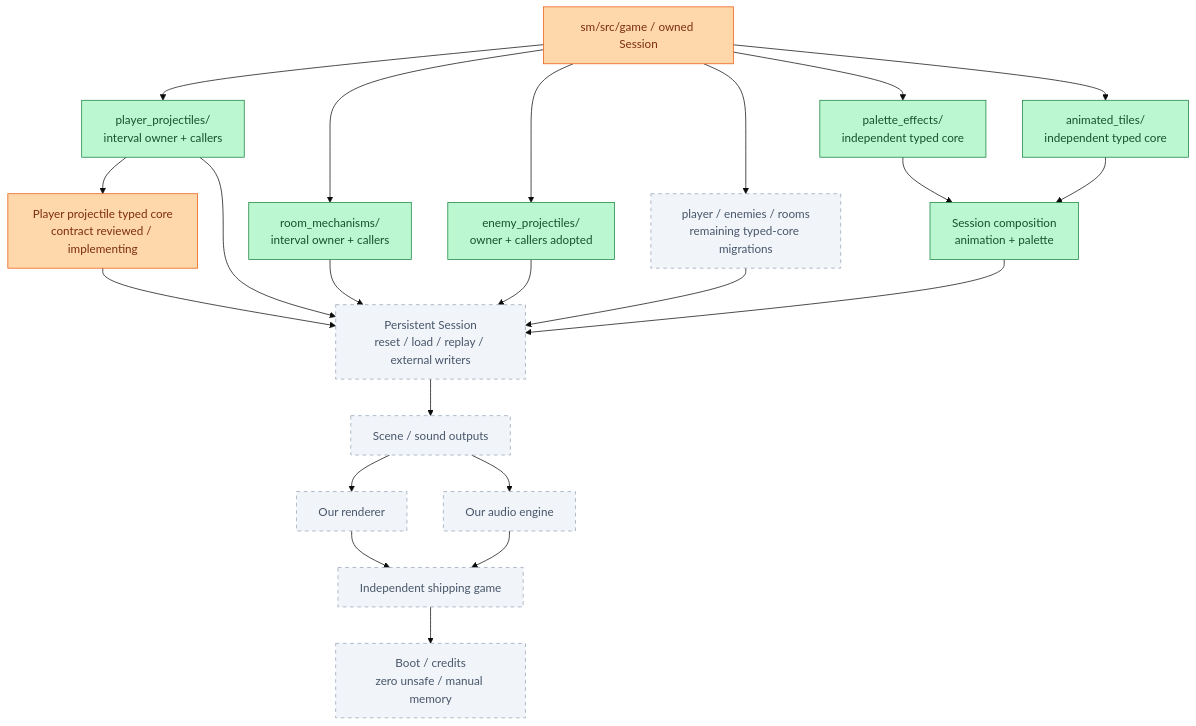
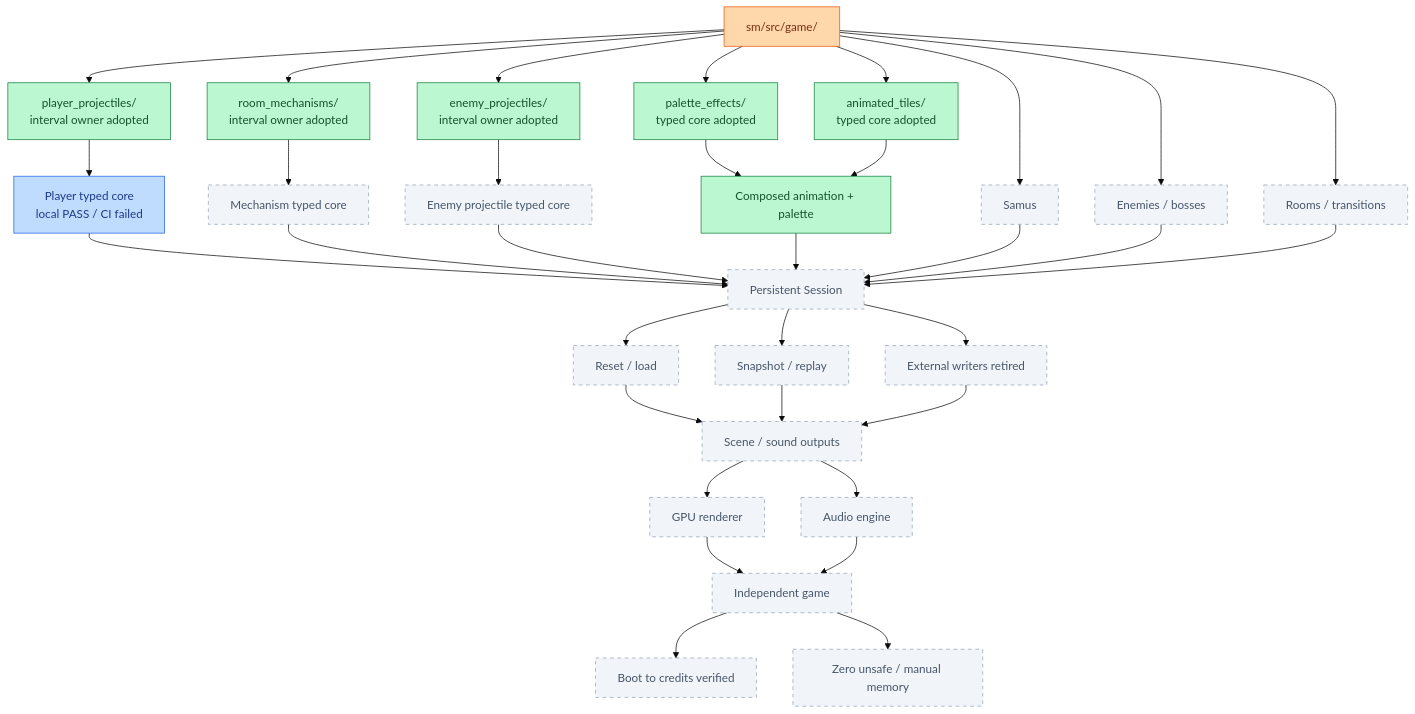
One commit to JimLundin/sm-decomp changed the third of 8 diagrams in PROGRESS.md. Above: the diagram before and after it, drawn with Mermaid (base theme). The commit also changed other lines of this file and 1 other file, not shown here.

Commit message:
Show file-level migration graphs and failed CI; report links and counters checked

````diff
--- a/PROGRESS.md
+++ b/PROGRESS.md
@@ -7,39 +76,42 @@
 ```mermaid
 flowchart TB
-    ROOT["sm/src/game / owned Session"]:::active
-    ROOT --> PP
-    ROOT --> RM
-    ROOT --> PAL
-    ROOT --> ANIM
-    ROOT --> ENEMY
-    PP --> PCORE["Player projectile typed core<br/>contract reviewed / implementing"]:::active
-    PCORE --> PERSIST
-    ROOT --> REST
-    PP["player_projectiles/<br/>interval owner + callers"]:::done
-    RM["room_mechanisms/<br/>interval owner + callers"]:::done
-    PAL["palette_effects/<br/>independent typed core"]:::done
-    ANIM["animated_tiles/<br/>independent typed core"]:::done
-    ENEMY["enemy_projectiles/<br/>owner + callers adopted"]:::done
-    REST["player / enemies / rooms<br/>remaining typed-core migrations"]:::pending
-    PP --> PERSIST
-    RM --> PERSIST
-    PAL --> COMPOSE
-    ANIM --> COMPOSE
-    ENEMY --> PERSIST
-    REST --> PERSIST
-    COMPOSE["Session composition<br/>animation + palette"]:::done
-    COMPOSE --> PERSIST
-    PERSIST["Persistent Session<br/>reset / load / replay / external writers"]:::pending
-    PERSIST --> SCENE["Scene / sound outputs"]:::pending
-    SCENE --> GPU["Our renderer"]:::pending
-    SCENE --> AUDIO["Our audio engine"]:::pending
-    GPU --> SHIP["Independent shipping game"]:::pending
+    GAME["sm/src/game/"]:::active
+    GAME --> PP["player_projectiles/<br/>interval owner adopted"]:::done
+    GAME --> RM["room_mechanisms/<br/>interval owner adopted"]:::done
+    GAME --> EP["enemy_projectiles/<br/>interval owner adopted"]:::done
+    GAME --> PAL["palette_effects/<br/>typed core adopted"]:::done
+    GAME --> AT["animated_tiles/<br/>typed core adopted"]:::done
+    PP --> PPT["Player typed core<br/>local PASS / CI failed"]:::checked
+    RM --> RMT["Mechanism typed core"]:::pending
+    EP --> EPT["Enemy projectile typed core"]:::pending
+    GAME --> SAMUS["Samus"]:::pending
+    GAME --> ENEMIES["Enemies / bosses"]:::pending
+    GAME --> ROOMS["Rooms / transitions"]:::pending
+    PAL --> COMPOSE["Composed animation + palette"]:::done
+    AT --> COMPOSE
+    PPT --> OWN["Persistent Session"]:::pending
+    RMT --> OWN
+    EPT --> OWN
+    COMPOSE --> OWN
+    SAMUS --> OWN
+    ENEMIES --> OWN
+    ROOMS --> OWN
+    OWN --> RESET["Reset / load"]:::pending
+    OWN --> REPLAY["Snapshot / replay"]:::pending
+    OWN --> WRITERS["External writers retired"]:::pending
+    RESET --> OUTPUT["Scene / sound outputs"]:::pending
+    REPLAY --> OUTPUT
+    WRITERS --> OUTPUT
+    OUTPUT --> GPU["GPU renderer"]:::pending
+    OUTPUT --> AUDIO["Audio engine"]:::pending
+    GPU --> SHIP["Independent game"]:::pending
     AUDIO --> SHIP
-    SHIP --> END["Boot / credits<br/>zero unsafe / manual memory"]:::pending
+    SHIP --> CREDITS["Boot to credits verified"]:::pending
+    SHIP --> SAFE["Zero unsafe / manual memory"]:::pending
     classDef done fill:#bbf7d0,stroke:#15803d,color:#14532d
     classDef checked fill:#bfdbfe,stroke:#2563eb,color:#1e3a8a
     classDef active fill:#fed7aa,stroke:#ea580c,color:#7c2d12
     classDef pending fill:#f1f5f9,stroke:#94a3b8,color:#475569,stroke-dasharray:5 5
+    classDef failed fill:#fecaca,stroke:#dc2626,color:#7f1d1d
     classDef changed stroke:#a21caf,stroke-width:5px
-
 ```
````
